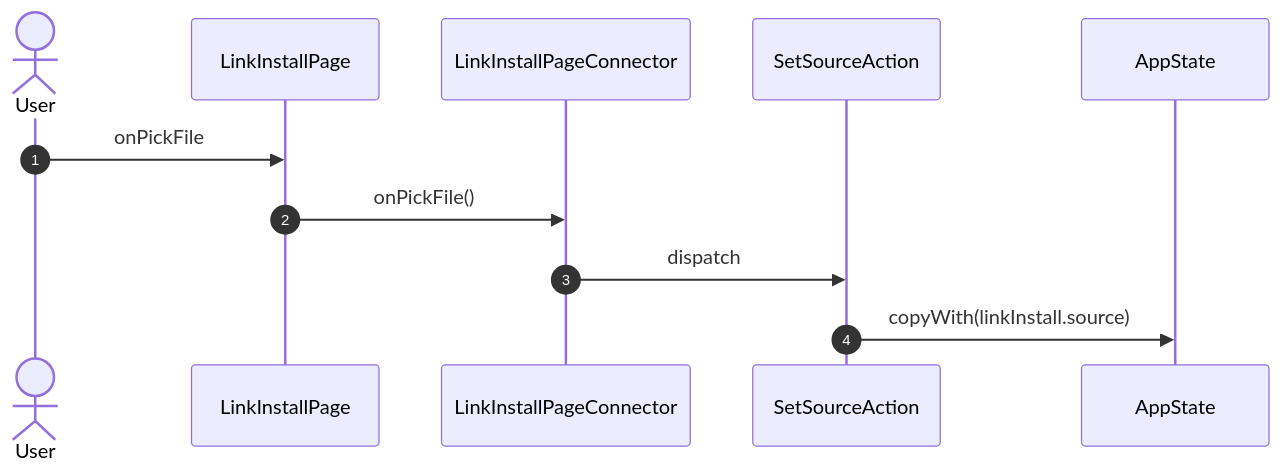
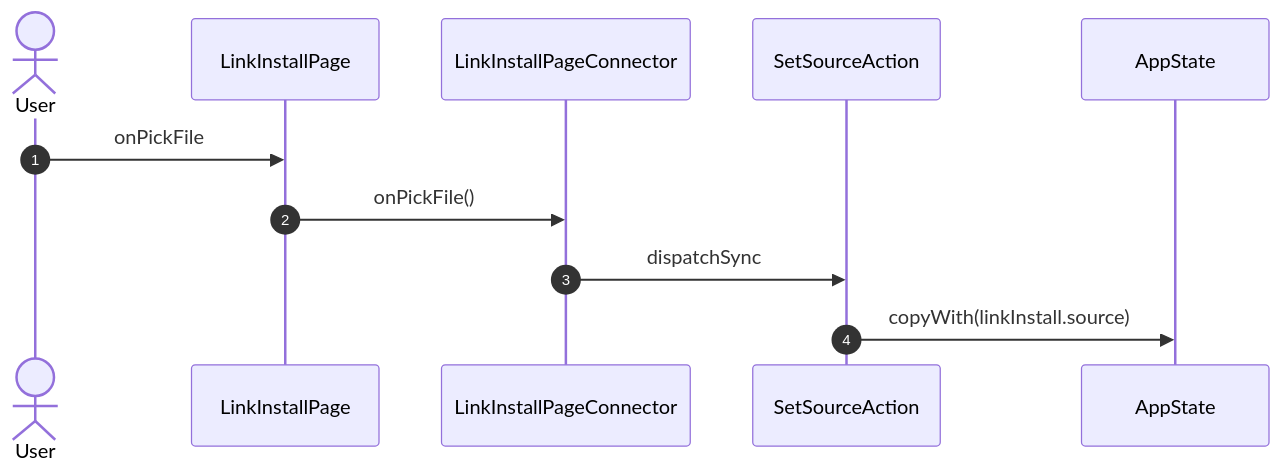
The ninth of 15 diagrams in studio/docs/flows/linkInstall.md (gencto/wyrm), drawn with Mermaid before and after one commit. The commit also changed other lines of this file and 306 other files, not shown here.

````diff
--- a/studio/docs/flows/linkInstall.md
+++ b/studio/docs/flows/linkInstall.md
@@ -155,14 +155,14 @@
 ```mermaid
 sequenceDiagram
     autonumber
     actor User
     participant UI as LinkInstallPage
     participant VM as LinkInstallPageConnector
     participant A1 as SetSourceAction
     participant ST as AppState
 
     User->>UI: onPickFile
     UI->>VM: onPickFile()
-    VM->>A1: dispatch
+    VM->>A1: dispatchSync
     A1->>ST: copyWith(linkInstall.source)
 ```
````
